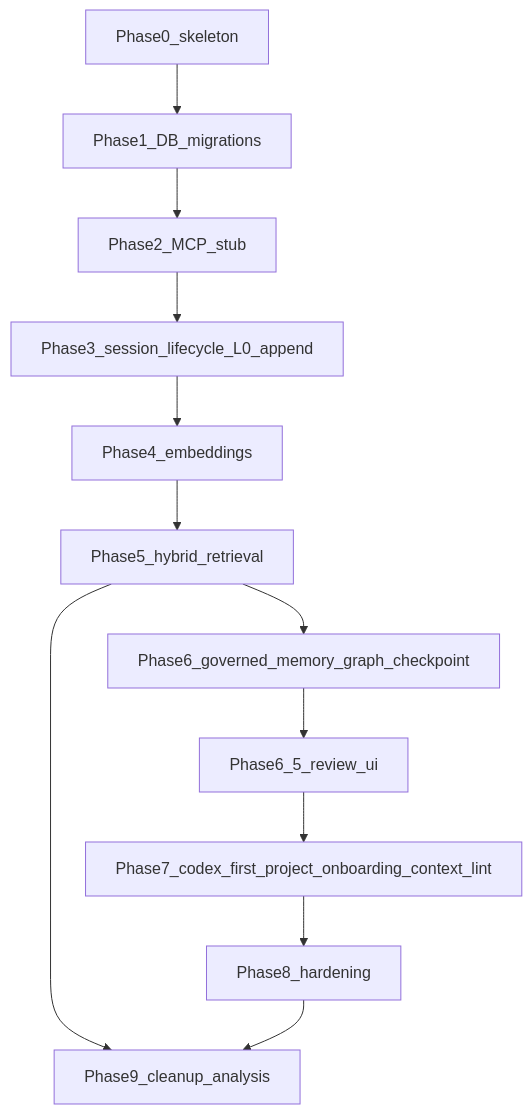
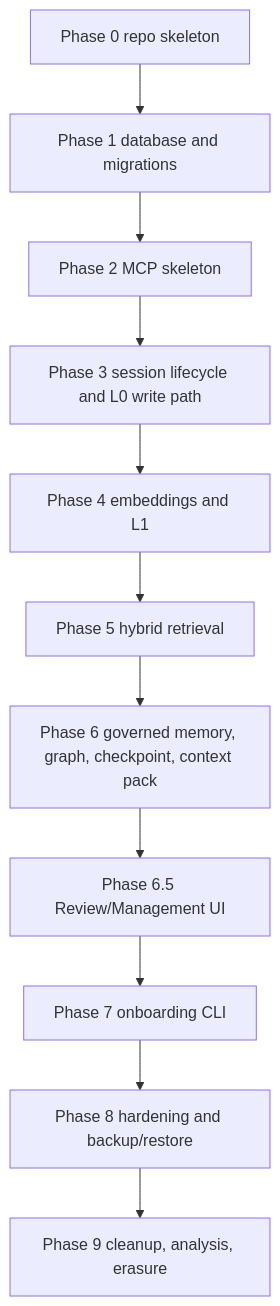
The diagram in docs/TASK_GRAPH.md (Mushkrot/Recallant), drawn with Mermaid before and after one commit. The commit also changed other lines of this file and 34 other files, not shown here.

````diff
--- a/docs/TASK_GRAPH.md
+++ b/docs/TASK_GRAPH.md
@@ -3,25 +5,16 @@
 ```mermaid
-graph TD
-  p0[Phase0_skeleton]
-  p1[Phase1_DB_migrations]
-  p2[Phase2_MCP_stub]
-  p3[Phase3_session_lifecycle_L0_append]
-  p4[Phase4_embeddings]
-  p5[Phase5_hybrid_retrieval]
-  p6[Phase6_governed_memory_graph_checkpoint]
-  p65[Phase6_5_review_ui]
-  p7[Phase7_codex_first_project_onboarding_context_lint]
-  p8[Phase8_hardening]
-  p9[Phase9_cleanup_analysis]
-  p0 --> p1
-  p1 --> p2
-  p2 --> p3
-  p3 --> p4
-  p4 --> p5
-  p5 --> p6
-  p6 --> p65
-  p65 --> p7
-  p7 --> p8
-  p5 --> p9
-  p8 --> p9
+flowchart TD
+  P0[Phase 0 repo skeleton]
+  P1[Phase 1 database and migrations]
+  P2[Phase 2 MCP skeleton]
+  P3[Phase 3 session lifecycle and L0 write path]
+  P4[Phase 4 embeddings and L1]
+  P5[Phase 5 hybrid retrieval]
+  P6[Phase 6 governed memory, graph, checkpoint, context pack]
+  P65[Phase 6.5 Review/Management UI]
+  P7[Phase 7 onboarding CLI]
+  P8[Phase 8 hardening and backup/restore]
+  P9[Phase 9 cleanup, analysis, erasure]
+
+  P0 --> P1 --> P2 --> P3 --> P4 --> P5 --> P6 --> P65 --> P7 --> P8 --> P9
 ```
````
